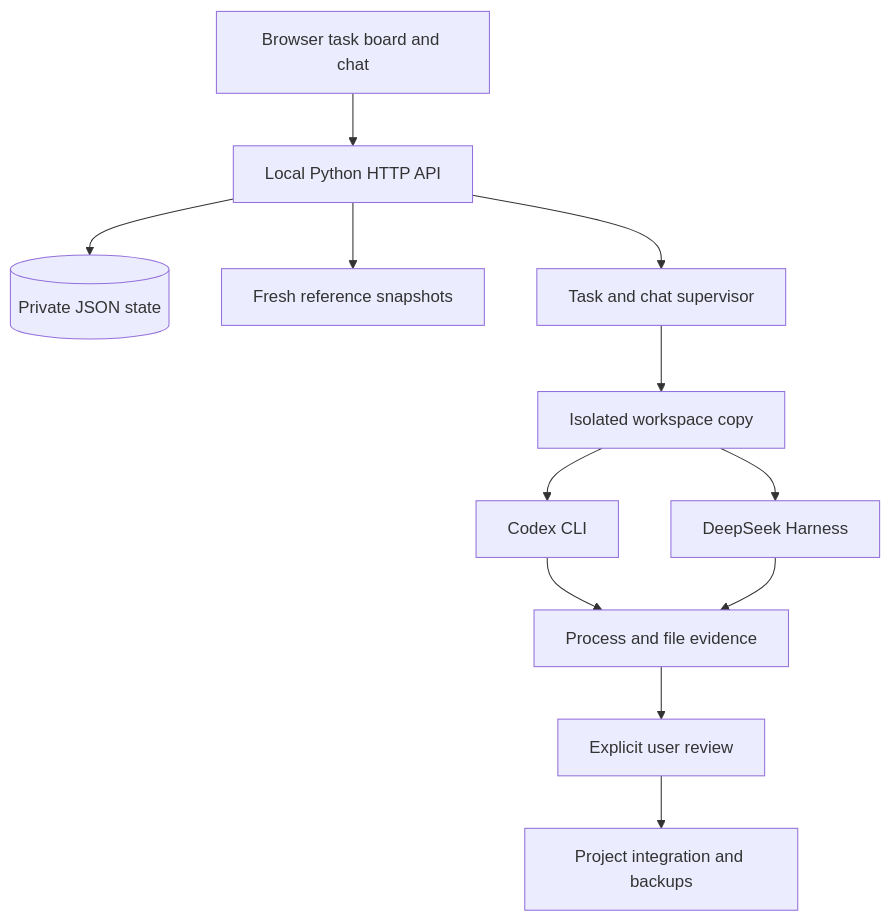
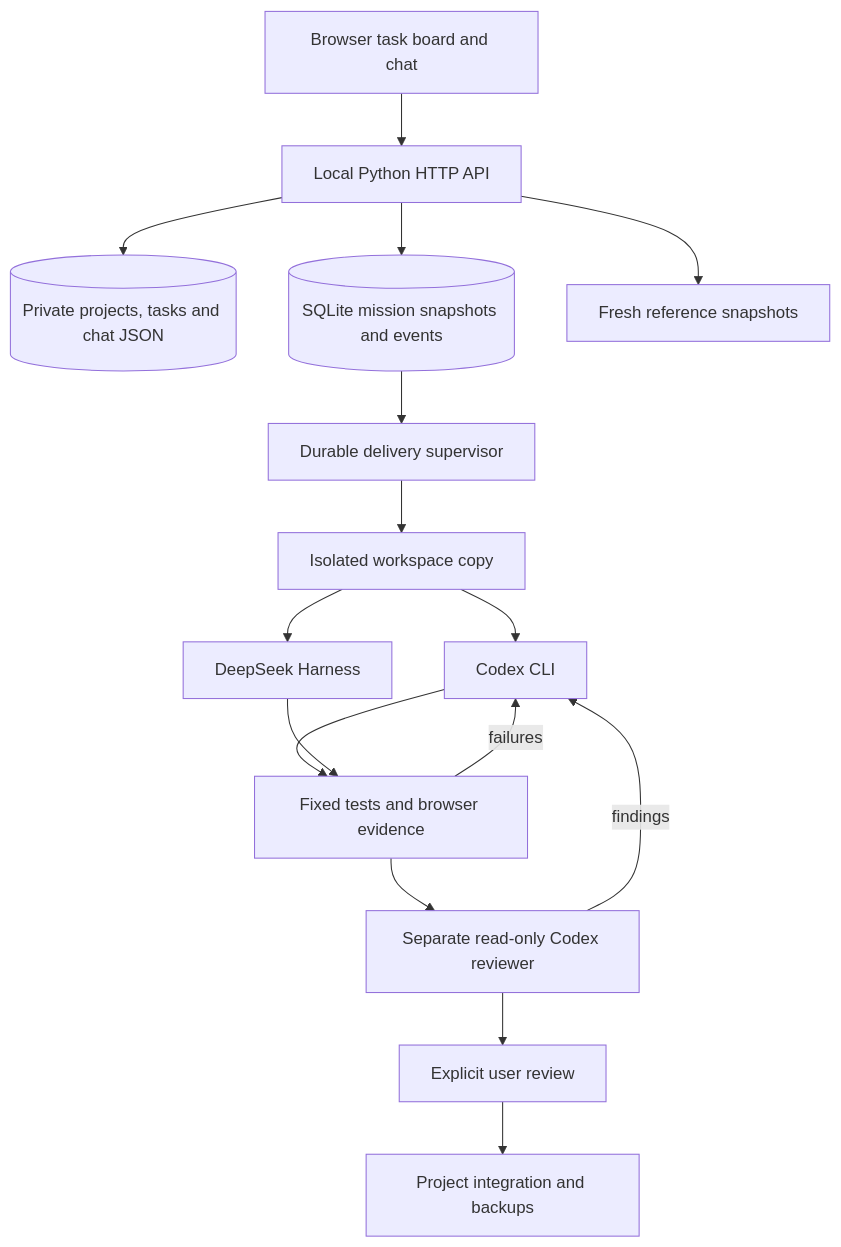
One commit to wangzane355-cmyk/AgentBoard changed the diagram in docs/ARCHITECTURE.md. Above: the diagram before and after it, drawn with Mermaid. The commit also changed other lines of this file and 52 other files, not shown here.

First line of the commit message:
Add autonomous Codex delivery and recoverable workspace controls

````diff
--- a/docs/ARCHITECTURE.md
+++ b/docs/ARCHITECTURE.md
@@ -5,14 +5,18 @@
 ```mermaid
 flowchart TB
   UI[Browser task board and chat] --> API[Local Python HTTP API]
-  API --> State[(Private JSON state)]
+  API --> State[(Private projects, tasks and chat JSON)]
+  API --> Missions[(SQLite mission snapshots and events)]
   API --> References[Fresh reference snapshots]
-  API --> Supervisor[Task and chat supervisor]
+  Missions --> Supervisor[Durable delivery supervisor]
   Supervisor --> Copy[Isolated workspace copy]
   Copy --> Codex[Codex CLI]
   Copy --> DeepSeek[DeepSeek Harness]
-  Codex --> Evidence[Process and file evidence]
+  Codex --> Evidence[Fixed tests and browser evidence]
+  Evidence --> Reviewer[Separate read-only Codex reviewer]
+  Reviewer -->|findings| Codex
+  Evidence -->|failures| Codex
   DeepSeek --> Evidence
-  Evidence --> Review[Explicit user review]
+  Reviewer --> Review[Explicit user review]
   Review --> Source[Project integration and backups]
 ```
````
